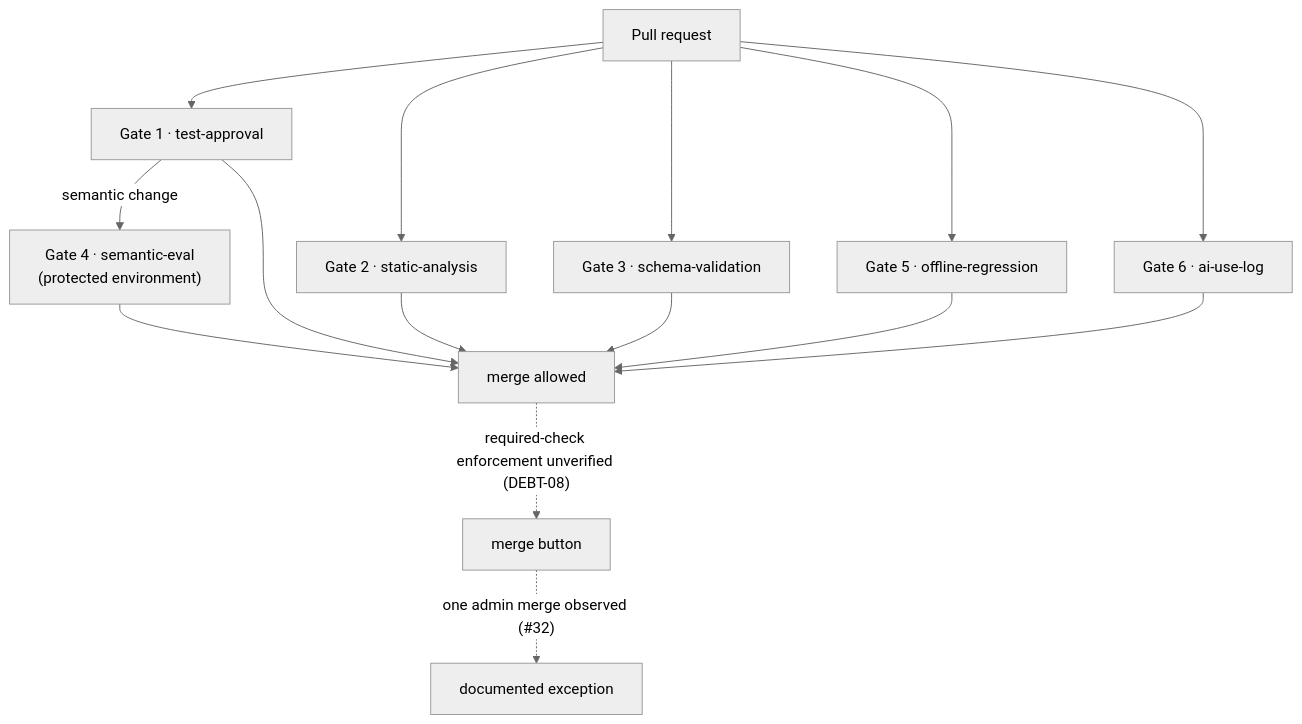
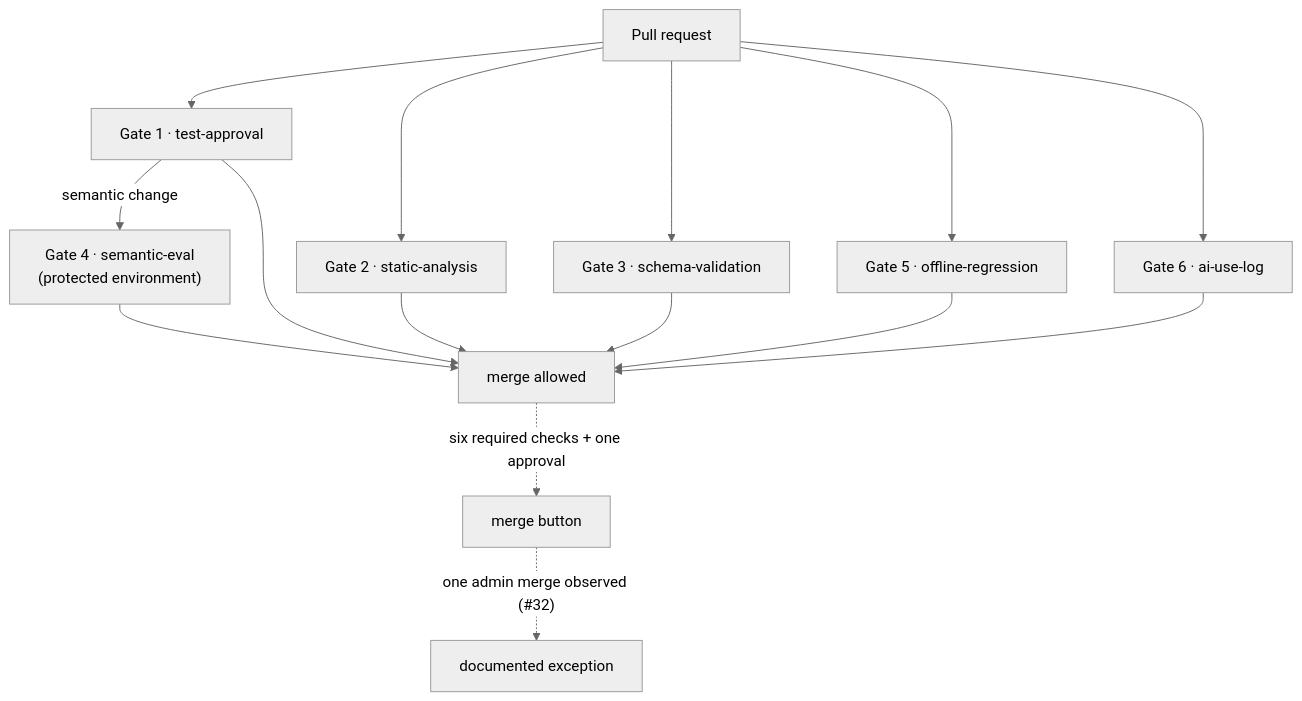
The second of 2 diagrams in Report.md (Felix-Free/AI-Finance-Assistant), drawn with Mermaid (neutral theme) before and after one commit. The commit also changed other lines of this file, not shown here.

````diff
--- a/Report.md
+++ b/Report.md
@@ -172,17 +172,17 @@
 ```mermaid
 flowchart TD
     PR["Pull request"] --> G1["Gate 1 · test-approval"]
     PR --> G2["Gate 2 · static-analysis"]
     PR --> G3["Gate 3 · schema-validation"]
     PR --> G5["Gate 5 · offline-regression"]
     PR --> G6["Gate 6 · ai-use-log"]
     G1 -- "semantic change" --> G4["Gate 4 · semantic-eval<br/>(protected environment)"]
     G1 --> OK["merge allowed"]
     G2 --> OK
     G3 --> OK
     G5 --> OK
     G6 --> OK
     G4 --> OK
-    OK -. "required-check enforcement unverified (DEBT-08)" .-> MERGE["merge button"]
+    OK -. "six required checks + one approval" .-> MERGE["merge button"]
     MERGE -. "one admin merge observed (#32)" .-> EXC["documented exception"]
 ```
````
